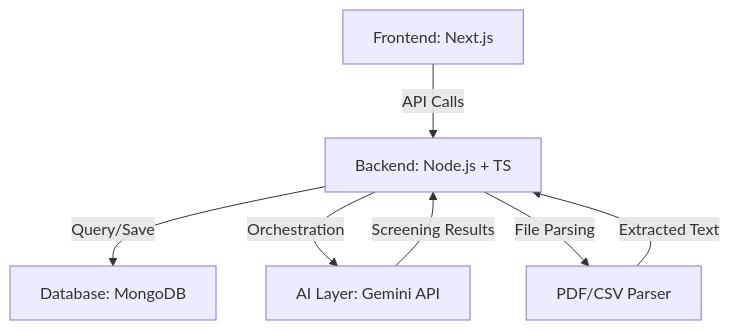
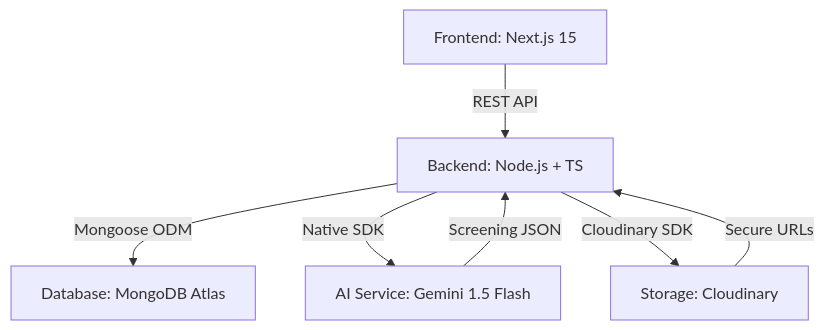
The diagram in backend/docs/ARCHITECTURE.md (shalom-250/umurava), drawn with Mermaid before and after one commit. The commit also changed other lines of this file and 19 other files, not shown here.

````diff
--- a/backend/docs/ARCHITECTURE.md
+++ b/backend/docs/ARCHITECTURE.md
@@ -5,9 +5,9 @@
 ```mermaid
 graph TD
-    A[Frontend: Next.js] -->|API Calls| B[Backend: Node.js + TS]
-    B -->|Query/Save| C[Database: MongoDB]
-    B -->|Orchestration| D[AI Layer: Gemini API]
-    B -->|File Parsing| E[PDF/CSV Parser]
-    D -->|Screening Results| B
-    E -->|Extracted Text| B
+    A[Frontend: Next.js 15] -->|REST API| B[Backend: Node.js + TS]
+    B -->|Mongoose ODM| C[Database: MongoDB Atlas]
+    B -->|Native SDK| D[AI Service: Gemini 1.5 Flash]
+    B -->|Cloudinary SDK| E[Storage: Cloudinary]
+    D -->|Screening JSON| B
+    E -->|Secure URLs| B
 ```
````
